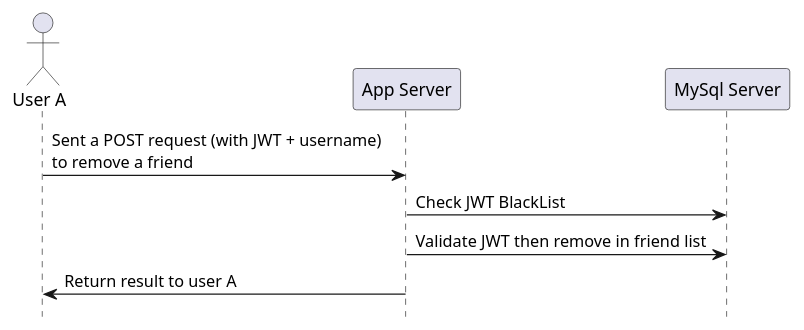
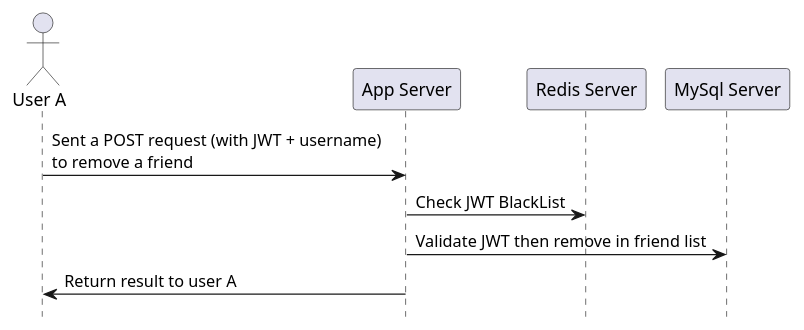
The ninth of 10 diagrams in README.md (noradomi/foo-app), drawn with PlantUML before and after one commit. The commit also changed other lines of this file, not shown here.

Commit message:
Add 2 version of Add Friends diagrams to clarify this use case

````diff
--- a/README.md
+++ b/README.md
@@ -174,15 +198,15 @@
 ```plantuml
 @startuml
 hide footbox
 
 hide footbox
 
 actor "User A"
 
 "User A" -> "App Server": Sent a POST request (with JWT + username) \nto remove a friend
-"App Server" -> "MySql Server": Check JWT BlackList
+"App Server" -> "Redis Server": Check JWT BlackList
 "App Server" -> "MySql Server": Validate JWT then remove in friend list
 "App Server" -> "User A": Return result to user A
 
 @enduml
 ```
````
